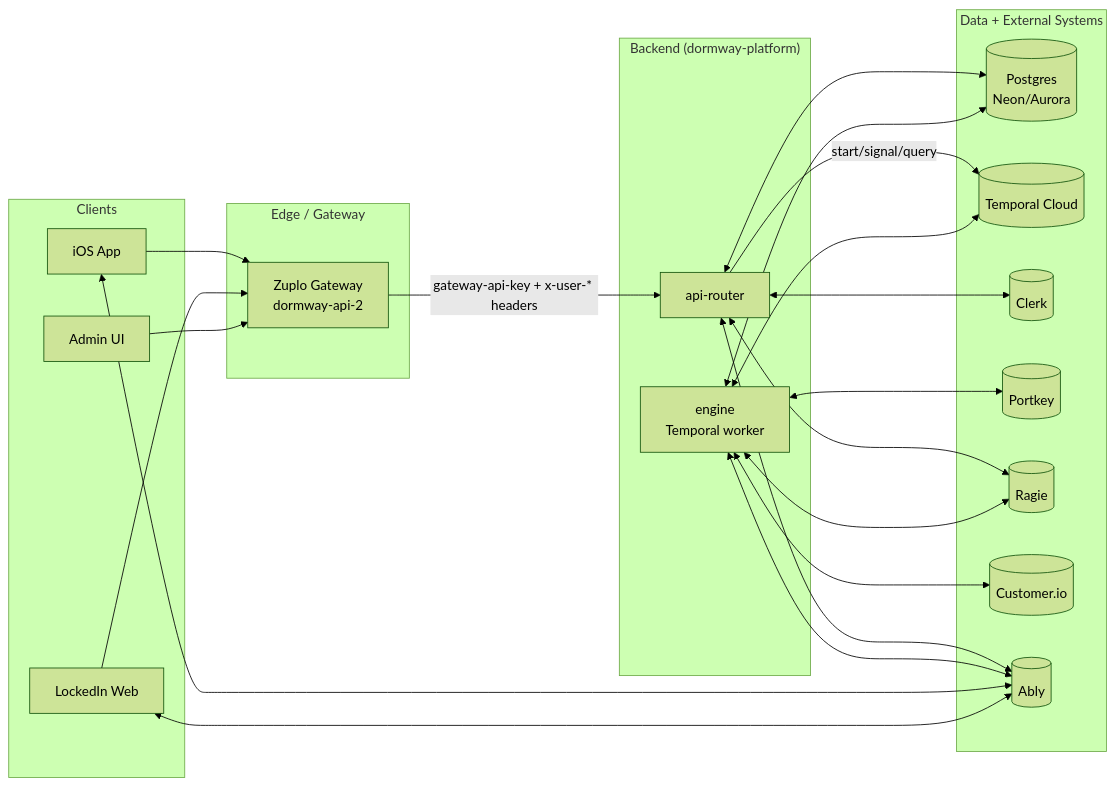
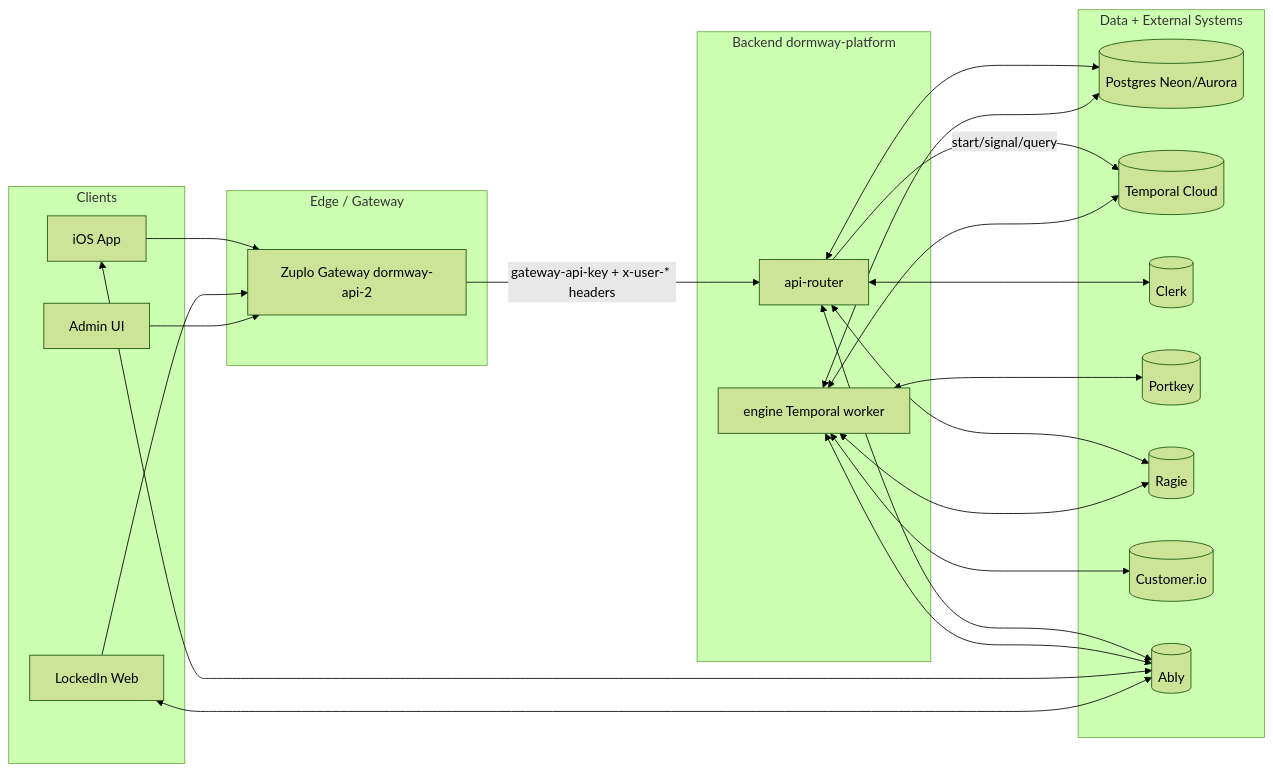
Before and after one commit to DormWay/mintlify-docs: the first of 23 diagrams in docs/engineering/architecture/how-dormway-works.mdx, drawn with Mermaid (forest theme). The commit also changed other lines of this file, not shown here.

First line of the commit message:
fix: sanitize all 23 mermaid diagrams for Mermaid 11.x

````diff
--- a/docs/engineering/architecture/how-dormway-works.mdx
+++ b/docs/engineering/architecture/how-dormway-works.mdx
@@ -53,49 +53,49 @@
 ```mermaid
 flowchart LR
   subgraph Clients
     IOS[iOS App]
     Web[LockedIn Web]
     Admin[Admin UI]
   end
 
   subgraph Edge["Edge / Gateway"]
-    Zuplo[Zuplo Gateway<br>dormway-api-2]
+    Zuplo["Zuplo Gateway dormway-api-2"]
   end
 
-  subgraph Backend["Backend (dormway-platform)"]
+  subgraph Backend["Backend dormway-platform"]
     APIRouter[api-router]
-    Engine[engine<br>Temporal worker]
+    Engine["engine Temporal worker"]
   end
 
   subgraph Data["Data + External Systems"]
-    PG[(Postgres<br>Neon/Aurora)]
+    PG[("Postgres Neon/Aurora")]
     Temporal[(Temporal Cloud)]
     Clerk[(Clerk)]
     Portkey[(Portkey)]
     Ragie[(Ragie)]
     CIO[(Customer.io)]
     Ably[(Ably)]
   end
 
   IOS --> Zuplo
   Web --> Zuplo
   Admin --> Zuplo
 
   Zuplo -->|gateway-api-key + x-user-* headers| APIRouter
 
   APIRouter <--> PG
   APIRouter <--> Clerk
   APIRouter <--> Ragie
   APIRouter <--> Ably
-  APIRouter -->|start/signal/query| Temporal
+  APIRouter -->|"start/signal/query"| Temporal
 
   Engine <--> Temporal
   Engine <--> PG
   Engine <--> Portkey
   Engine <--> Ragie
   Engine <--> CIO
   Engine <--> Ably
 
   IOS <--> Ably
   Web <--> Ably
 ```
````
